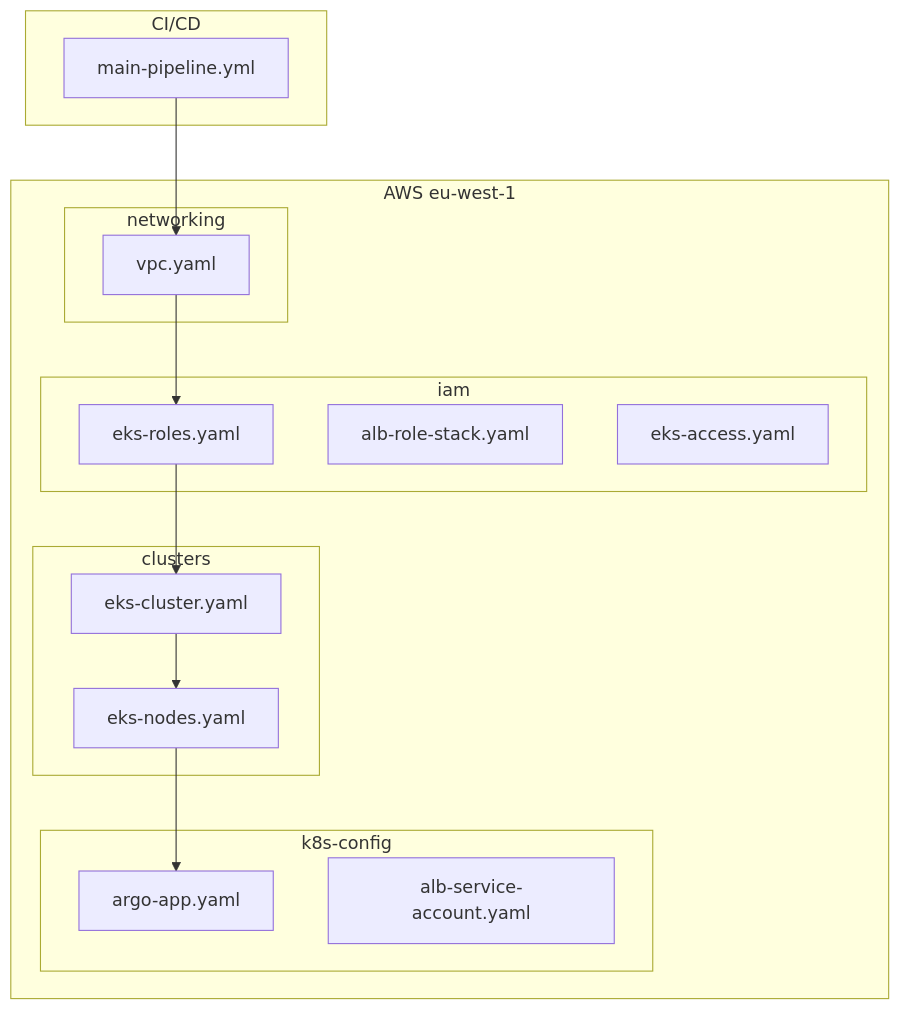
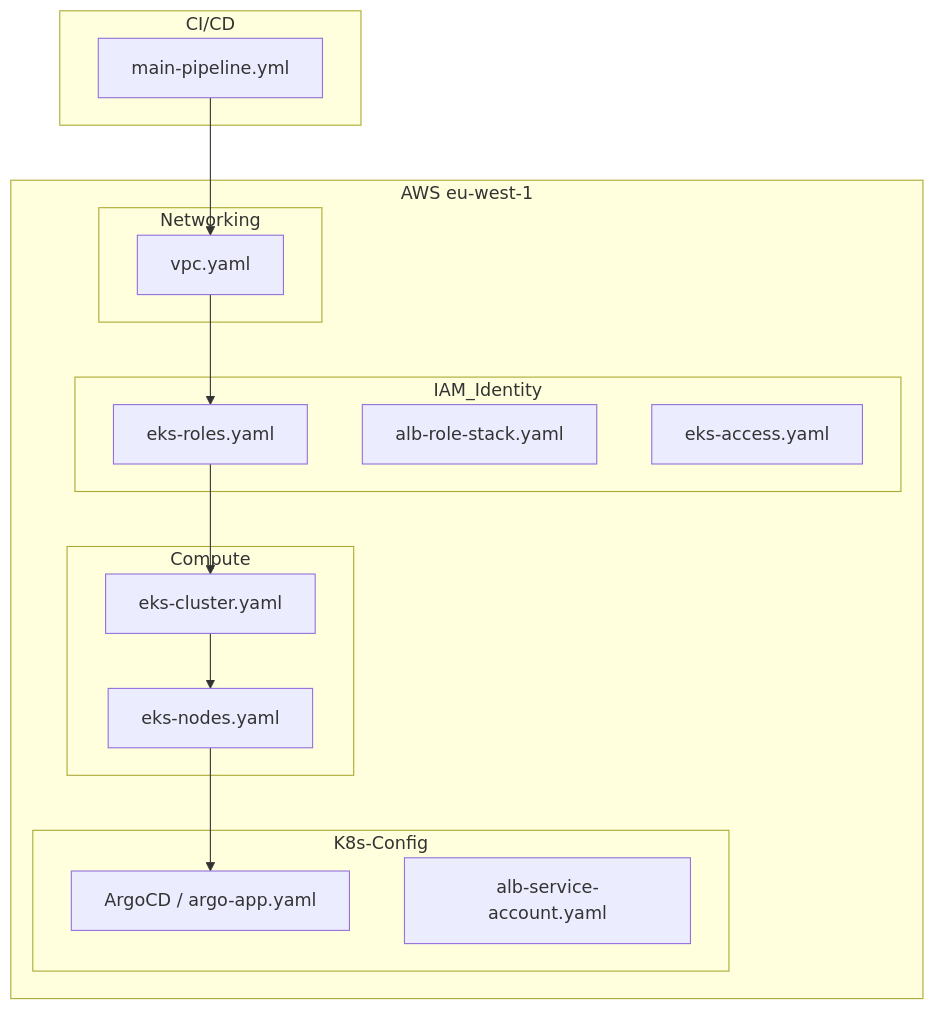
One commit to Oluwa-feranmi/aurascale-infra changed the diagram in README.md. Above: the diagram before and after it, drawn with Mermaid.

Commit message:
Update subgraph names in README.md

````diff
--- a/README.md
+++ b/README.md
@@ -9,34 +9,34 @@
 ```mermaid
 graph TD
     subgraph GitHub [CI/CD]
         A[main-pipeline.yml]
     end
 
     subgraph AWS_Cloud [AWS eu-west-1]
-        subgraph networking
+        subgraph Networking
             B[vpc.yaml]
         end
 
-        subgraph iam
+        subgraph IAM_Identity
             C[eks-roles.yaml]
             D[alb-role-stack.yaml]
             E[eks-access.yaml]
         end
 
-        subgraph clusters
+        subgraph Compute
             F[eks-cluster.yaml]
             G[eks-nodes.yaml]
         end
 
-        subgraph k8s-config
-            H[argo-app.yaml]
+        subgraph K8s-Config
+            H[ArgoCD / argo-app.yaml]
             I[alb-service-account.yaml]
         end
 
         A --> B
         B --> C
         C --> F
         F --> G
         G --> H
     end
 ```
````
